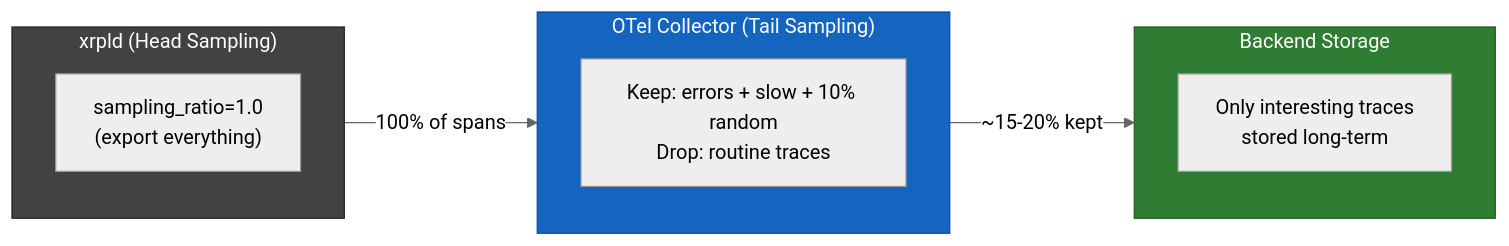
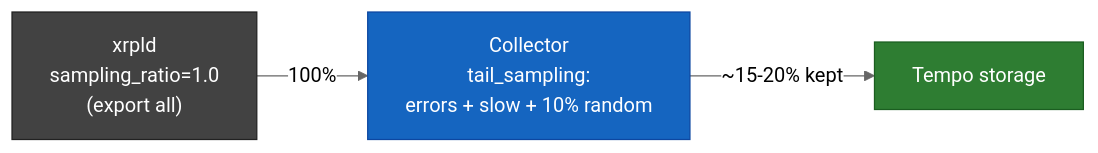
One commit to XRPLF/rippled changed the fourth of 6 diagrams in OpenTelemetryPlan/presentation.md. Above: the diagram before and after it, drawn with Mermaid (neutral theme). The commit also changed other lines of this file, not shown here.

````diff
--- a/OpenTelemetryPlan/presentation.md
+++ b/OpenTelemetryPlan/presentation.md
@@ -592,20 +219,9 @@
 ```mermaid
 flowchart LR
-    subgraph xrpld["xrpld (Head Sampling)"]
-        HS["sampling_ratio=1.0<br/>(export everything)"]
-    end
-
-    subgraph collector["OTel Collector (Tail Sampling)"]
-        TS["Keep: errors + slow + 10% random<br/>Drop: routine traces"]
-    end
-
-    subgraph storage["Backend Storage"]
-        ST["Only interesting traces<br/>stored long-term"]
-    end
-
-    xrpld -->|"100% of spans"| collector -->|"~15-20% kept"| storage
+    xrpld["xrpld<br/>sampling_ratio=1.0<br/>(export all)"] -->|"100%"| col["Collector<br/>tail_sampling:<br/>errors + slow + 10% random"]
+    col -->|"~15-20% kept"| tempo["Tempo storage"]
 
     style xrpld fill:#424242,stroke:#212121,color:#fff
-    style collector fill:#1565c0,stroke:#0d47a1,color:#fff
-    style storage fill:#2e7d32,stroke:#1b5e20,color:#fff
+    style col fill:#1565c0,stroke:#0d47a1,color:#fff
+    style tempo fill:#2e7d32,stroke:#1b5e20,color:#fff
 ```
````
